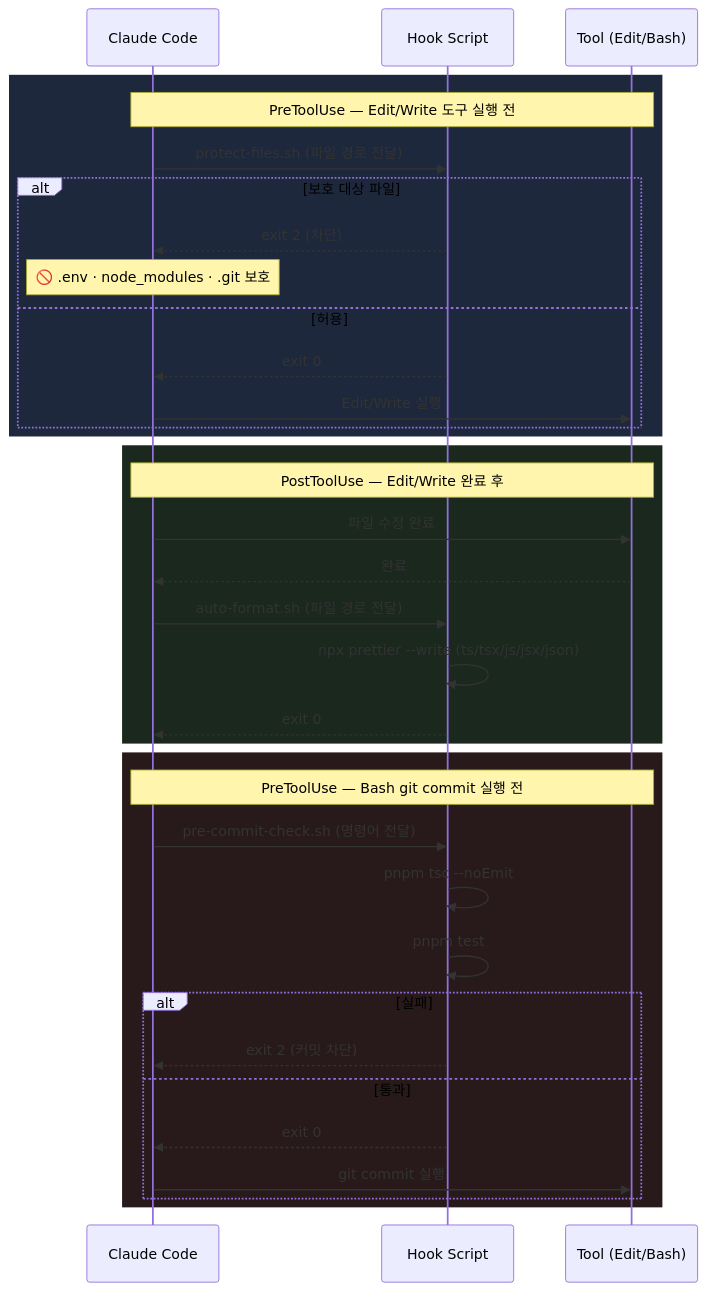
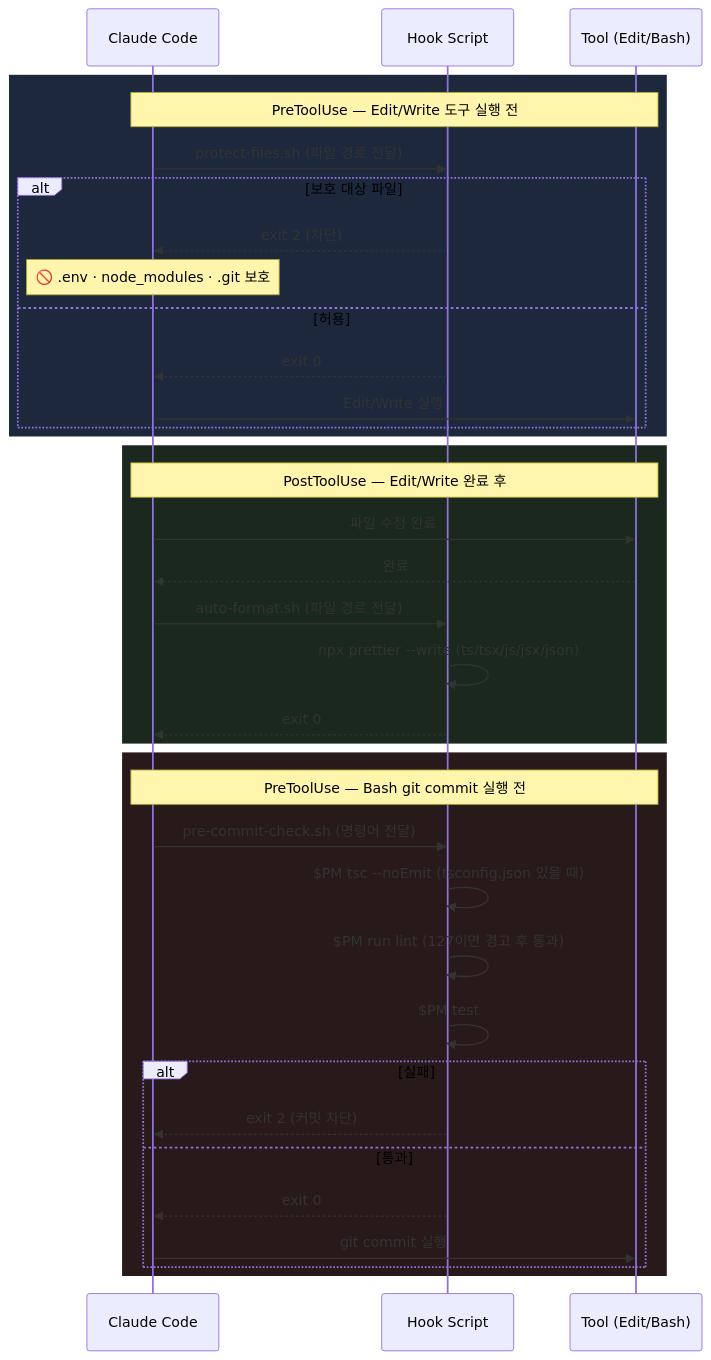
Before and after one commit to bd-makers/team-harness: the diagram in docs/diagrams/harness-overview/hooks.mmd, drawn with Mermaid. The commit also changed 13 other files, not shown here.

First line of the commit message:
feat(hooks): 커밋 게이트가 package.json lint 스크립트를 돌린다

```diff
--- a/docs/diagrams/harness-overview/hooks.mmd
+++ b/docs/diagrams/harness-overview/hooks.mmd
@@ -1,38 +1,39 @@
 sequenceDiagram
     participant Claude as Claude Code
     participant Hook as Hook Script
     participant Tool as Tool (Edit/Bash)
 
     rect rgb(30, 40, 60)
         Note over Claude,Tool: PreToolUse — Edit/Write 도구 실행 전
         Claude->>Hook: protect-files.sh (파일 경로 전달)
         alt 보호 대상 파일
             Hook-->>Claude: exit 2 (차단)
             Note over Claude: 🚫 .env · node_modules · .git 보호
         else 허용
             Hook-->>Claude: exit 0
             Claude->>Tool: Edit/Write 실행
         end
     end
 
     rect rgb(26, 40, 30)
         Note over Claude,Tool: PostToolUse — Edit/Write 완료 후
         Claude->>Tool: 파일 수정 완료
         Tool-->>Claude: 완료
         Claude->>Hook: auto-format.sh (파일 경로 전달)
         Hook->>Hook: npx prettier --write (ts/tsx/js/jsx/json)
         Hook-->>Claude: exit 0
     end
 
     rect rgb(40, 26, 26)
         Note over Claude,Tool: PreToolUse — Bash git commit 실행 전
         Claude->>Hook: pre-commit-check.sh (명령어 전달)
-        Hook->>Hook: pnpm tsc --noEmit
-        Hook->>Hook: pnpm test
+        Hook->>Hook: $PM tsc --noEmit (tsconfig.json 있을 때)
+        Hook->>Hook: $PM run lint (127이면 경고 후 통과)
+        Hook->>Hook: $PM test
         alt 실패
             Hook-->>Claude: exit 2 (커밋 차단)
         else 통과
             Hook-->>Claude: exit 0
             Claude->>Tool: git commit 실행
         end
     end
```
